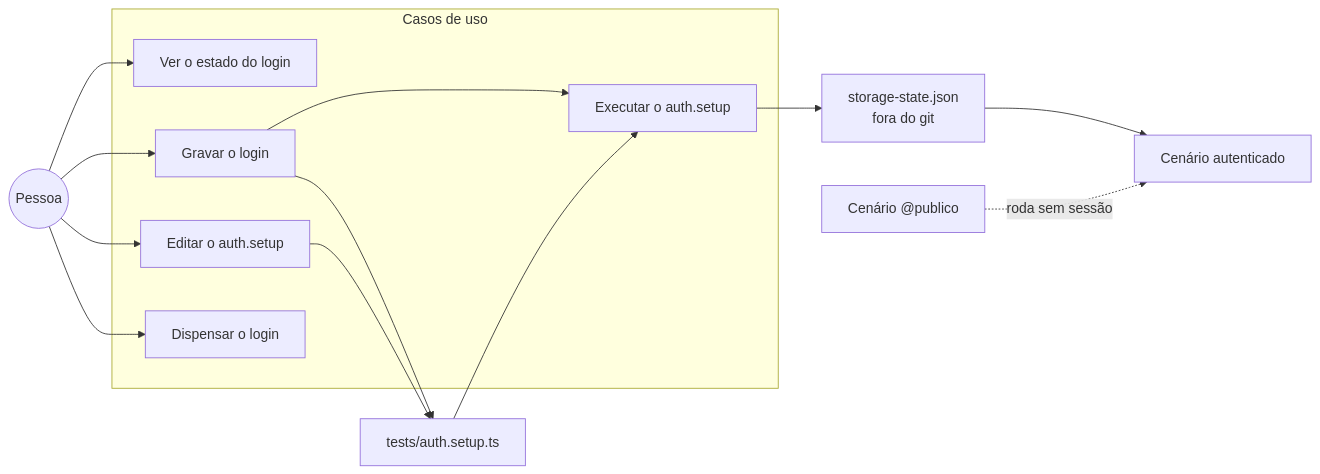
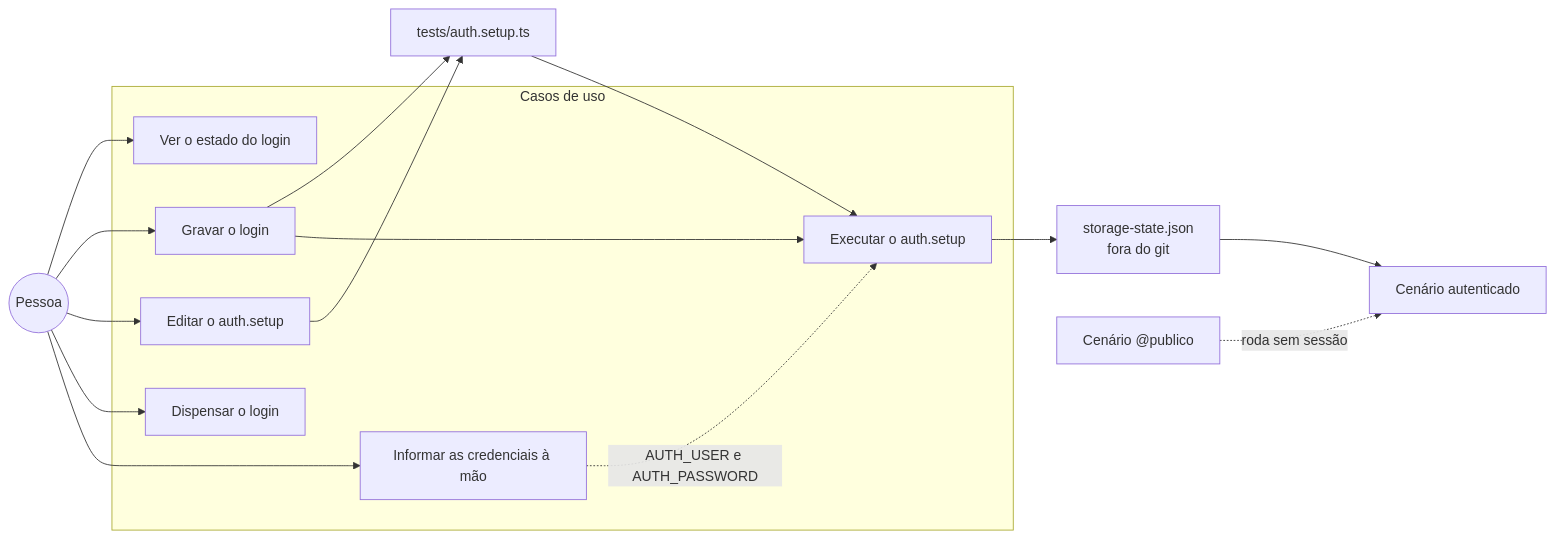
One commit to KauanCalheiro/acutis changed the sixth of 15 diagrams in docs/DIAGRAMS/USE-CASE-DIAGRAMS.md. Above: the diagram before and after it, drawn with Mermaid. The commit also changed other lines of this file and 7 other files, not shown here.

````diff
--- a/docs/DIAGRAMS/USE-CASE-DIAGRAMS.md
+++ b/docs/DIAGRAMS/USE-CASE-DIAGRAMS.md
@@ -188,25 +273,28 @@
 ```mermaid
 flowchart LR
   P(("Pessoa"))
 
   subgraph Casos de uso
     V["Ver o estado do login"]
     G["Gravar o login"]
     E["Editar o auth.setup"]
     S["Dispensar o login"]
     R["Executar o auth.setup"]
+    CR["Informar as credenciais à mão"]
   end
 
   SPEC["tests/auth.setup.ts"]
   ST["storage-state.json<br/>fora do git"]
   CEN["Cenário autenticado"]
   PUB["Cenário @publico"]
 
   P --> V
   P --> G --> SPEC
   P --> E --> SPEC
   P --> S
+  P --> CR
   G --> R --> ST --> CEN
   SPEC --> R
+  CR -.->|AUTH_USER e AUTH_PASSWORD| R
   PUB -.->|roda sem sessão| CEN
 ```
````
